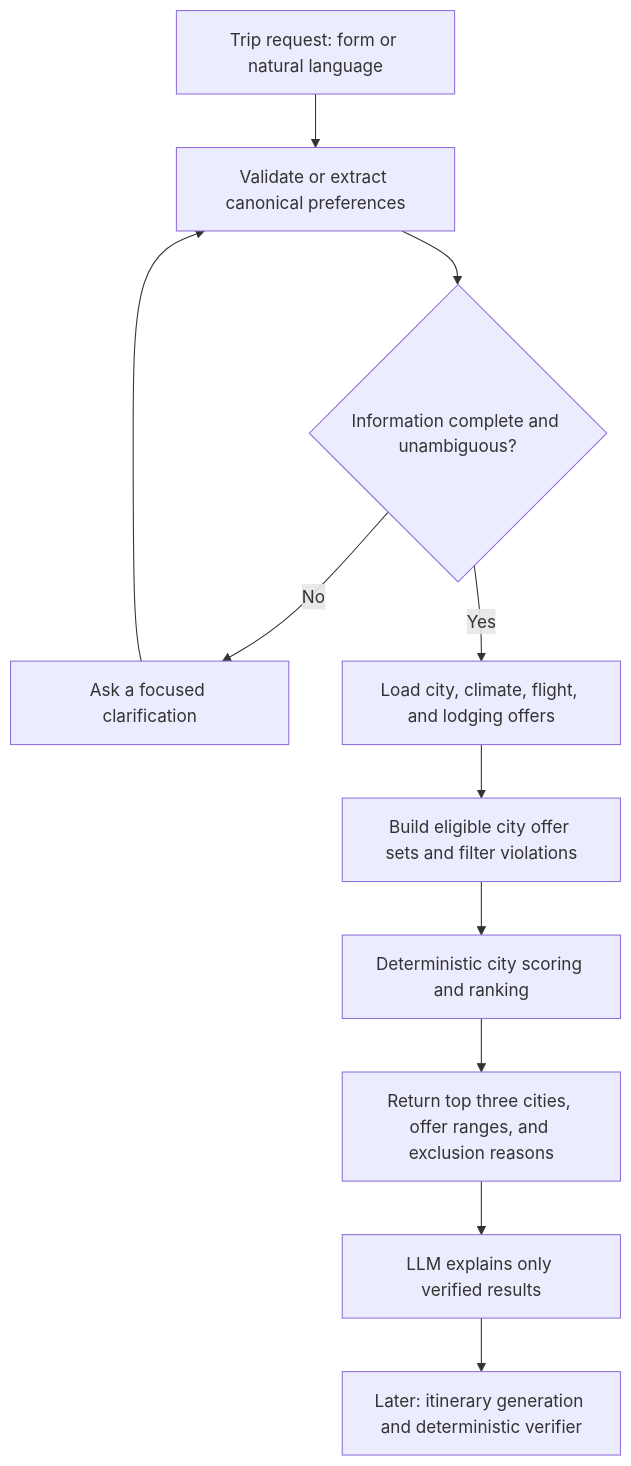
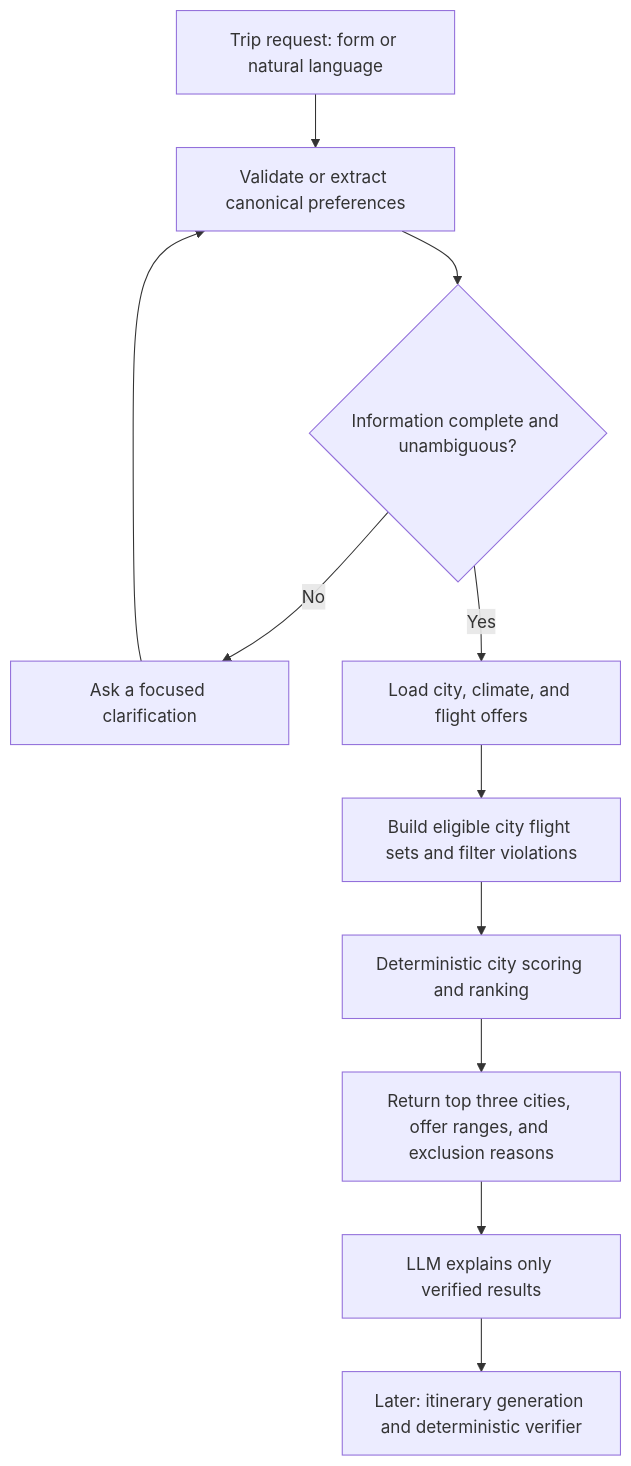
The diagram in docs/project-proposal.md (yunyiwinnieshe/NBTravelAI), drawn with Mermaid before and after one commit. The commit also changed other lines of this file, not shown here.

Commit message:
docs: align proposal with flight-only v1

````diff
--- a/docs/project-proposal.md
+++ b/docs/project-proposal.md
@@ -147,13 +144,13 @@
 ```mermaid
 flowchart TD
     A[Trip request: form or natural language] --> B[Validate or extract canonical preferences]
     B --> C{Information complete and unambiguous?}
     C -- No --> D[Ask a focused clarification]
     D --> B
-    C -- Yes --> E[Load city, climate, flight, and lodging offers]
-    E --> F[Build eligible city offer sets and filter violations]
+    C -- Yes --> E[Load city, climate, and flight offers]
+    E --> F[Build eligible city flight sets and filter violations]
     F --> G[Deterministic city scoring and ranking]
     G --> H[Return top three cities, offer ranges, and exclusion reasons]
     H --> I[LLM explains only verified results]
     I --> J[Later: itinerary generation and deterministic verifier]
 ```
````
